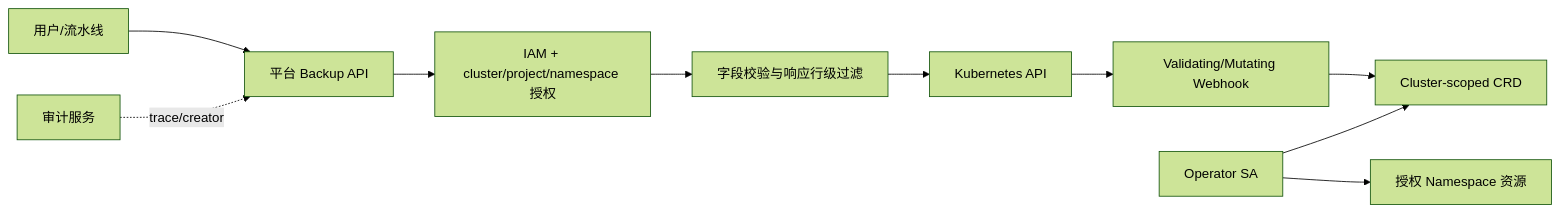
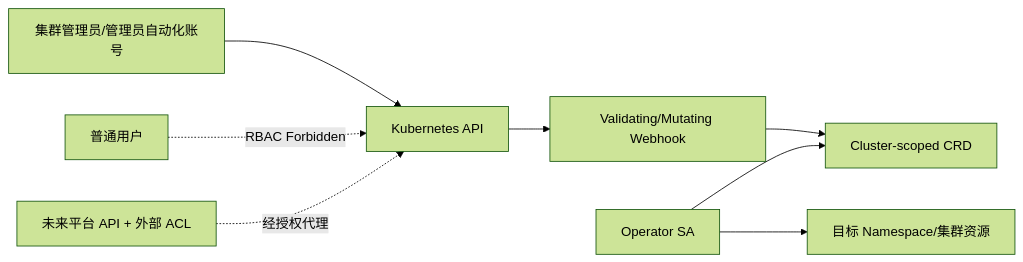
Before and after one commit to 544129603/backup-restore: the diagram in docs/backup-restore/01-需求规格说明书.md, drawn with Mermaid (forest theme). The commit also changed other lines of this file and 58 other files, not shown here.

````diff
--- a/docs/backup-restore/01-需求规格说明书.md
+++ b/docs/backup-restore/01-需求规格说明书.md
@@ -167,12 +163,10 @@
 ```mermaid
 flowchart LR
-  U["用户/流水线"] --> API["平台 Backup API"]
-  API --> AUTH["IAM + cluster/project/namespace 授权"]
-  AUTH --> FILTER["字段校验与响应行级过滤"]
-  FILTER --> KAPI["Kubernetes API"]
+  A["集群管理员/管理员自动化账号"] --> KAPI["Kubernetes API"]
   KAPI --> WH["Validating/Mutating Webhook"]
   WH --> CRD["Cluster-scoped CRD"]
   OP["Operator SA"] --> CRD
-  OP --> NS["授权 Namespace 资源"]
-  AUDIT["审计服务"] -. trace/creator .-> API
+  OP --> NS["目标 Namespace/集群资源"]
+  U["普通用户"] -. "RBAC Forbidden" .-> KAPI
+  FAPI["未来平台 API + 外部 ACL"] -. "经授权代理" .-> KAPI
 ```
````
